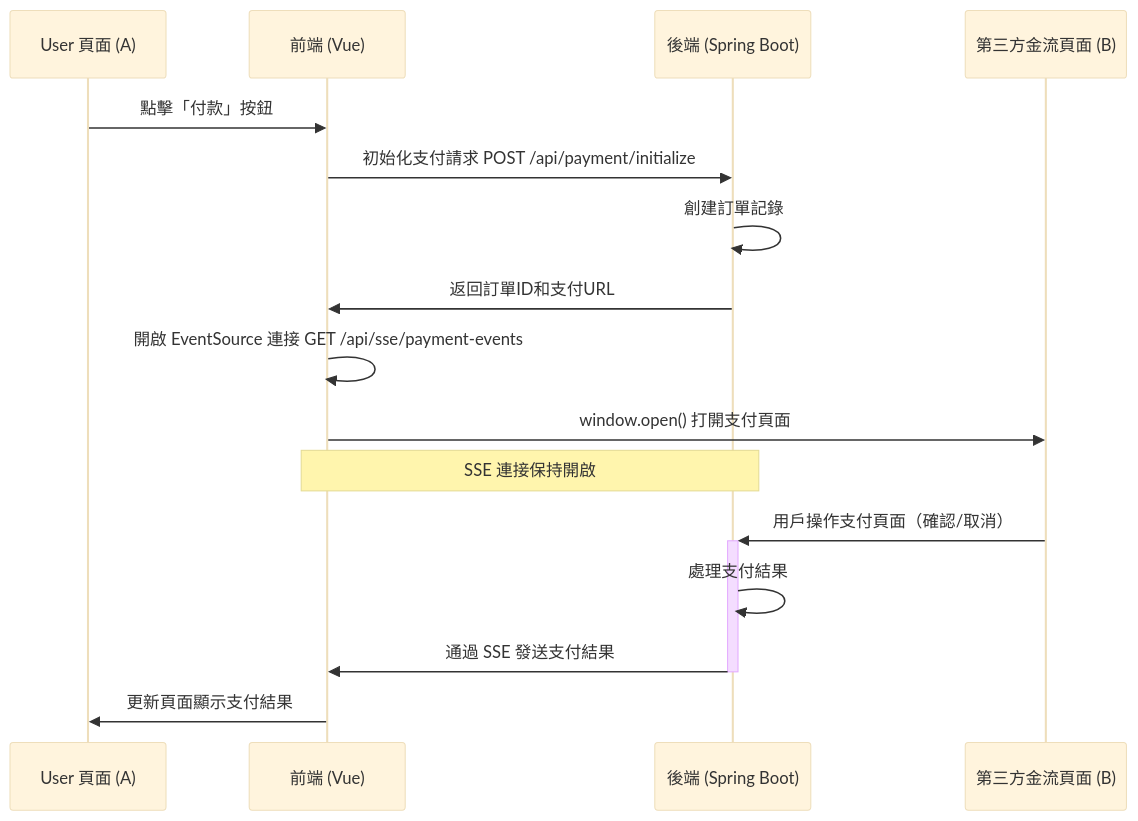
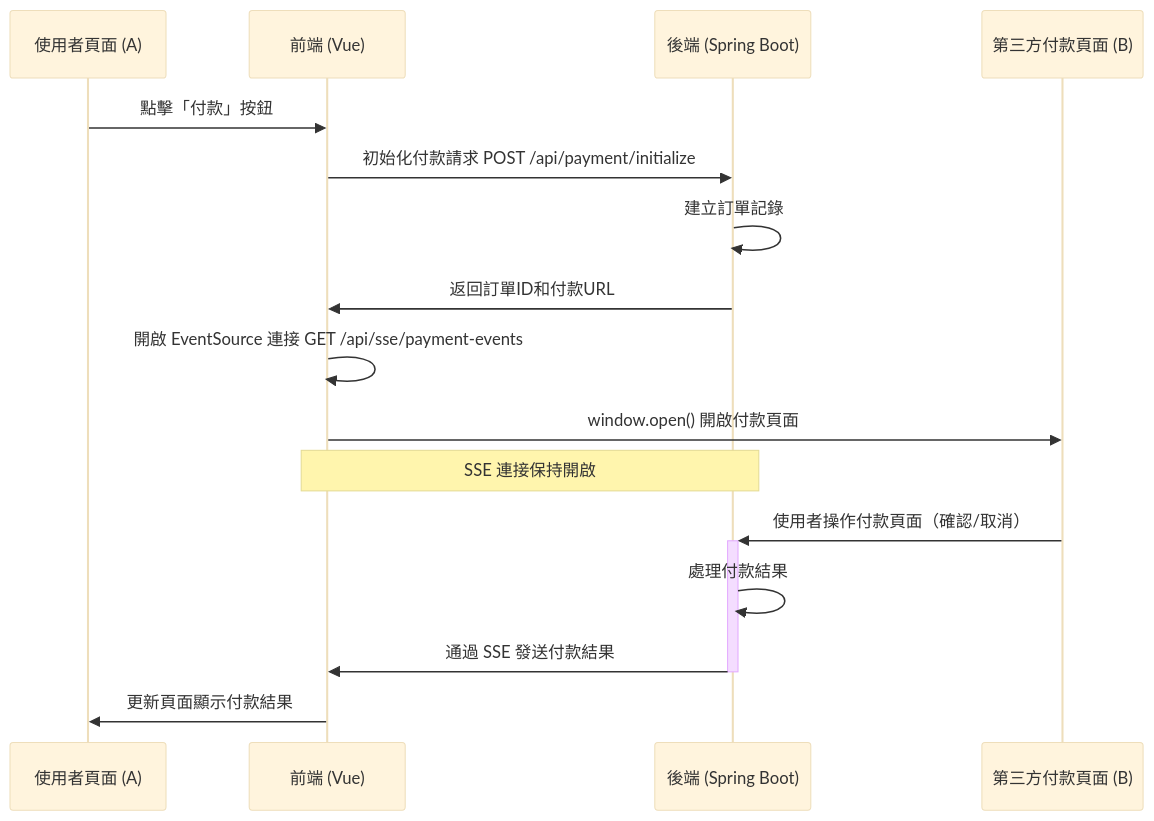
One commit to xinqilin/server-sent-events-spa changed the diagram in README.md. Above: the diagram before and after it, drawn with Mermaid (base theme). The commit also changed other lines of this file and 25 other files, not shown here.

````diff
--- a/README.md
+++ b/README.md
@@ -17,21 +16,21 @@
 ```mermaid
 sequenceDiagram
-    participant A as User 頁面 (A)
+    participant A as 使用者頁面 (A)
     participant F as 前端 (Vue)
     participant B as 後端 (Spring Boot)
-    participant P as 第三方金流頁面 (B)
+    participant P as 第三方付款頁面 (B)
     
     A->>F: 點擊「付款」按鈕
-    F->>B: 初始化支付請求 POST /api/payment/initialize
-    B->>B: 創建訂單記錄
-    B->>F: 返回訂單ID和支付URL
+    F->>B: 初始化付款請求 POST /api/payment/initialize
+    B->>B: 建立訂單記錄
+    B->>F: 返回訂單ID和付款URL
     F->>F: 開啟 EventSource 連接 GET /api/sse/payment-events
-    F->>P: window.open() 打開支付頁面
+    F->>P: window.open() 開啟付款頁面
     
     Note over F,B: SSE 連接保持開啟
     
-    P->>+B: 用戶操作支付頁面（確認/取消）
-    B->>B: 處理支付結果
-    B->>-F: 通過 SSE 發送支付結果
-    F->>A: 更新頁面顯示支付結果
+    P->>+B: 使用者操作付款頁面（確認/取消）
+    B->>B: 處理付款結果
+    B->>-F: 通過 SSE 發送付款結果
+    F->>A: 更新頁面顯示付款結果
 ```
````
